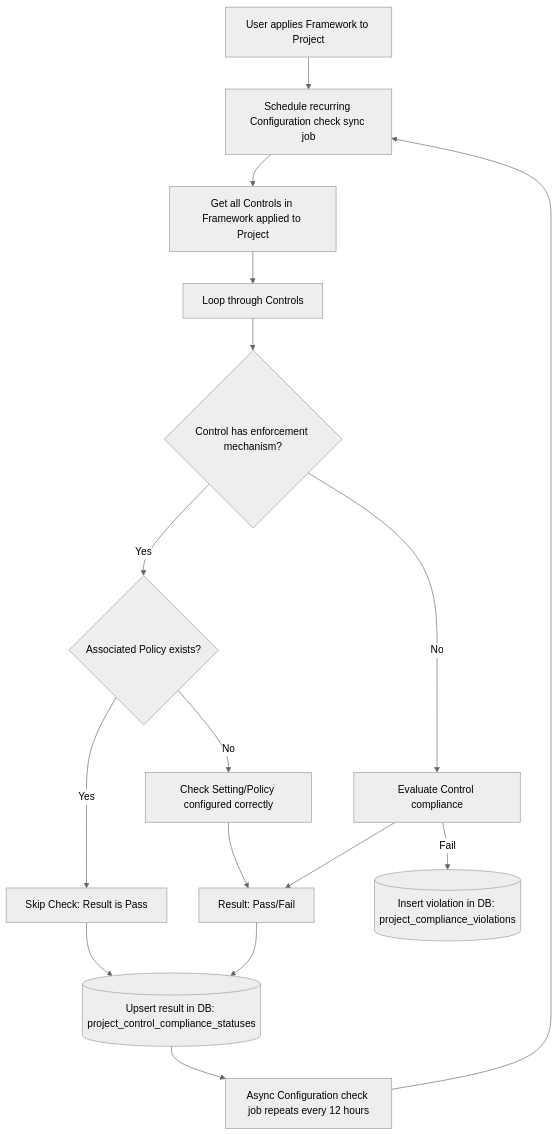
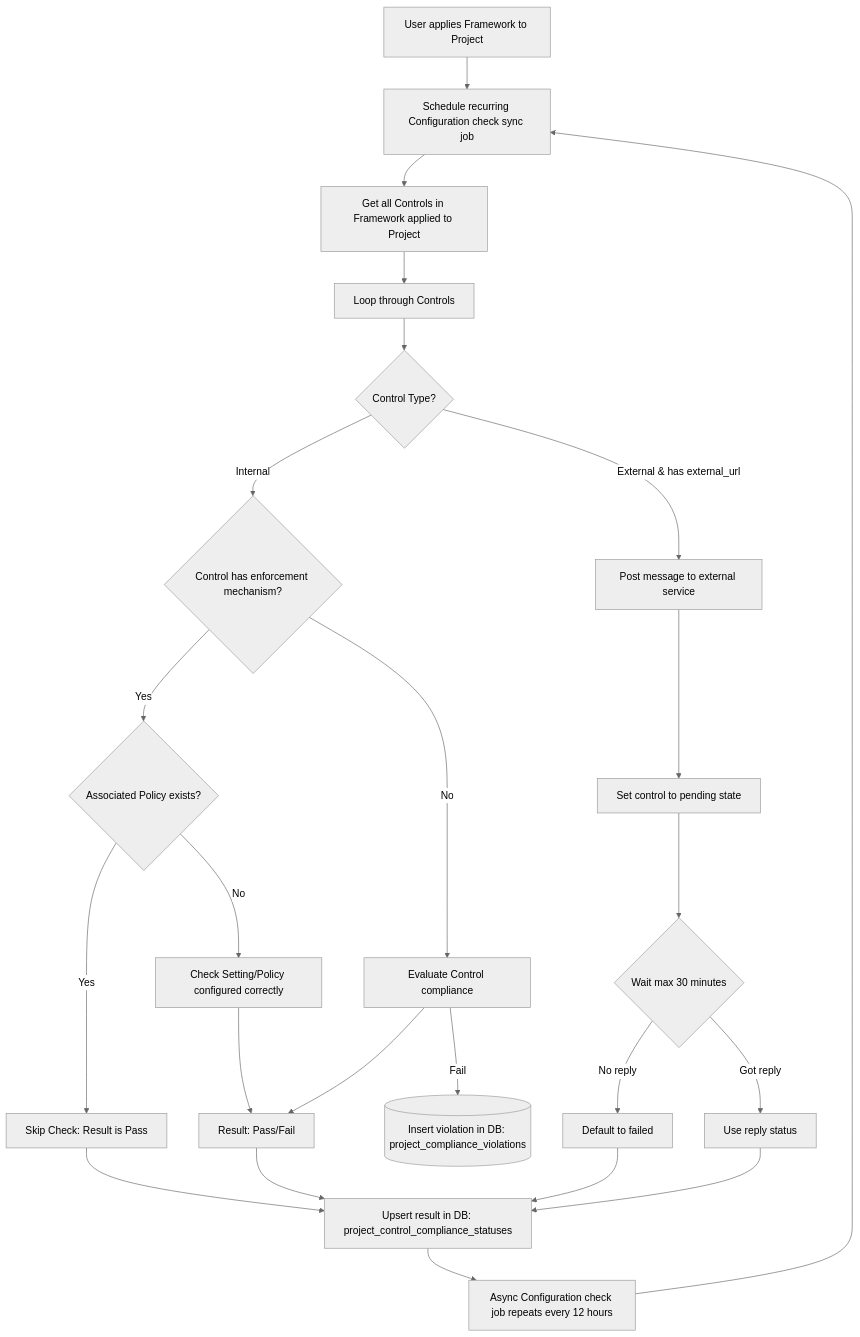
The third of 4 diagrams in content/handbook/engineering/architecture/design-documents/compliance-frameworks/_index.md (zalyoung/gitlab-handbook), drawn with Mermaid (neutral theme) before and after one commit. The commit also changed other lines of this file and 1 other file, not shown here.

Commit message:
Add ADR 007 for external requirement controls

````diff
--- a/content/handbook/engineering/architecture/design-documents/compliance-frameworks/_index.md
+++ b/content/handbook/engineering/architecture/design-documents/compliance-frameworks/_index.md
@@ -293,21 +444,32 @@
 ```mermaid
 flowchart TD
-    %% Async Job Trigger
     F[User applies Framework to Project] --> G[Schedule recurring Configuration check sync job]
     G --> H[Get all Controls in Framework applied to Project]
     H --> I[Loop through Controls]
-    I --> J{Control has enforcement mechanism?}
+
+    I --> TYPE{Control Type?}
+    TYPE -- Internal --> J{Control has enforcement mechanism?}
+    TYPE -- External & has external_url --> EXT[Post message to external service]
+
+    EXT --> PEND[Set control to pending state]
+    PEND --> WAIT{Wait max 30 minutes}
+    WAIT -->|No reply| FAIL[Default to failed]
+    WAIT -->|Got reply| REPLY[Use reply status]
+
+    FAIL --> Q
+    REPLY --> Q
+
     J -- Yes --> K{Associated Policy exists?}
     K -- Yes --> L[Skip Check: Result is Pass]
     K -- No --> M[Check Setting/Policy configured correctly]
     J -- No --> N[Evaluate Control compliance]
 
     M --> O[Result: Pass/Fail]
     N --> O
-    O --> Q[Upsert result in DB: project_control_compliance_statuses]@{ shape: cyl }
+    O --> Q[Upsert result in DB: project_control_compliance_statuses]
     L --> Q
     N -- Fail --> S[Insert violation in DB: project_compliance_violations]@{ shape: cyl }
 
     Q --> T[Async Configuration check job repeats every 12 hours]
     T --> G
 ```
````
